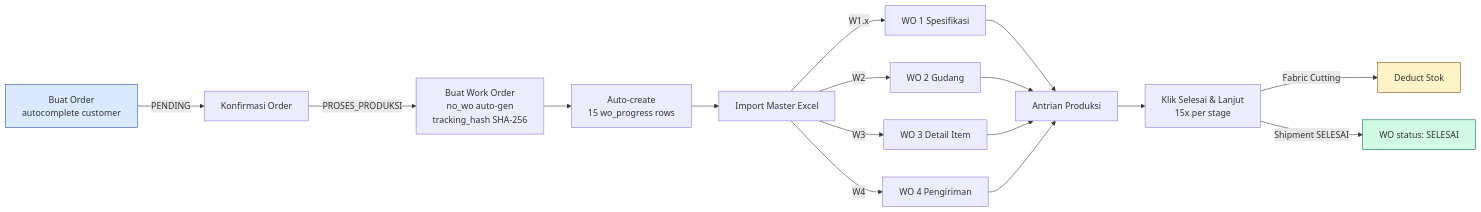
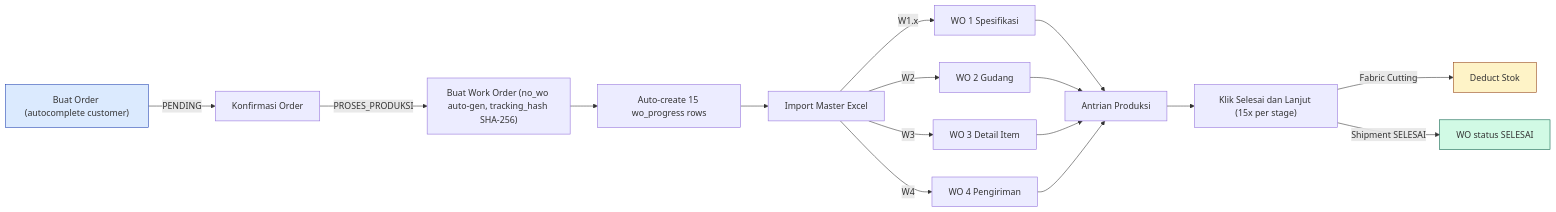
Before and after one commit to EzraNahumury/web_crm: the third of 8 diagrams in README.md, drawn with Mermaid. The commit also changed other lines of this file, not shown here.

First line of the commit message:
docs: quote mermaid node labels so GitHub renders all 8 diagrams

````diff
--- a/README.md
+++ b/README.md
@@ -274,20 +274,20 @@
 ```mermaid
 flowchart LR
-    A[Buat Order<br/>autocomplete customer] -->|PENDING| B[Konfirmasi Order]
-    B -->|PROSES_PRODUKSI| C[Buat Work Order<br/>no_wo auto-gen<br/>tracking_hash SHA-256]
-    C --> D[Auto-create<br/>15 wo_progress rows]
+    A["Buat Order (autocomplete customer)"] -->|PENDING| B[Konfirmasi Order]
+    B -->|PROSES_PRODUKSI| C["Buat Work Order (no_wo auto-gen, tracking_hash SHA-256)"]
+    C --> D["Auto-create 15 wo_progress rows"]
     D --> E[Import Master Excel]
-    E -->|W1.x| F1[WO 1 Spesifikasi]
-    E -->|W2| F2[WO 2 Gudang]
-    E -->|W3| F3[WO 3 Detail Item]
-    E -->|W4| F4[WO 4 Pengiriman]
+    E -->|"W1.x"| F1["WO 1 Spesifikasi"]
+    E -->|W2| F2["WO 2 Gudang"]
+    E -->|W3| F3["WO 3 Detail Item"]
+    E -->|W4| F4["WO 4 Pengiriman"]
 
     F1 & F2 & F3 & F4 --> G[Antrian Produksi]
-    G --> H[Klik Selesai & Lanjut<br/>15x per stage]
-    H -->|Fabric Cutting| I[Deduct Stok]
-    H -->|Shipment SELESAI| J[WO status: SELESAI]
+    G --> H["Klik Selesai dan Lanjut (15x per stage)"]
+    H -->|"Fabric Cutting"| I[Deduct Stok]
+    H -->|"Shipment SELESAI"| J["WO status SELESAI"]
 
     style A fill:#dbeafe,stroke:#1e40af
     style J fill:#d1fae5,stroke:#065f46
     style I fill:#fef3c7,stroke:#92400e
 ```
````
